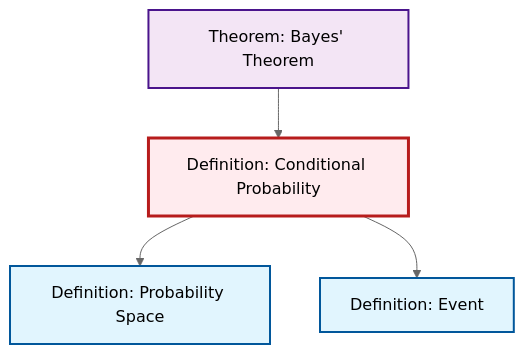
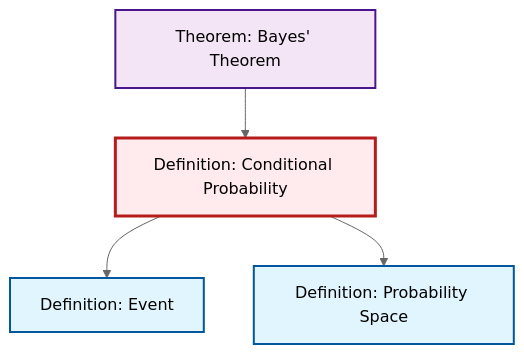
One commit to RK0429/ModernMath changed the diagram in content/en/probability-statistics/def-conditional-probability.qmd. Above: the diagram before and after it, drawn with Mermaid (neutral theme). The commit also changed other lines of this file and 417 other files, not shown here.

````diff
--- a/content/en/probability-statistics/def-conditional-probability.qmd
+++ b/content/en/probability-statistics/def-conditional-probability.qmd
@@ -69,20 +69,20 @@
 ```{mermaid}
 %%| fig-cap: "Local dependency graph"
 graph TD
     classDef definition fill:#e1f5fe,stroke:#01579b,stroke-width:2px
     classDef theorem fill:#f3e5f5,stroke:#4a148c,stroke-width:2px
     classDef axiom fill:#fff3e0,stroke:#e65100,stroke-width:2px
     classDef example fill:#e8f5e9,stroke:#1b5e20,stroke-width:2px
     classDef current fill:#ffebee,stroke:#b71c1c,stroke-width:3px
-    def-conditional-probability["Definition: Conditional Probability"]:::definition
+    def-probability-space["Definition: Probability Space"]:::definition
     thm-bayes["Theorem: Bayes' Theorem"]:::theorem
     def-event["Definition: Event"]:::definition
-    def-probability-space["Definition: Probability Space"]:::definition
+    def-conditional-probability["Definition: Conditional Probability"]:::definition
+    def-conditional-probability --> def-event
+    thm-bayes --> def-conditional-probability
     def-conditional-probability --> def-probability-space
-    thm-bayes --> def-conditional-probability
-    def-conditional-probability --> def-event
     class def-conditional-probability current
+    click def-probability-space "def-probability-space.html" "Go to Probability Space definition"
     click thm-bayes "thm-bayes.html" "Go to Bayes' Theorem theorem"
     click def-event "def-event.html" "Go to Event definition"
-    click def-probability-space "def-probability-space.html" "Go to Probability Space definition"
 ```
````
